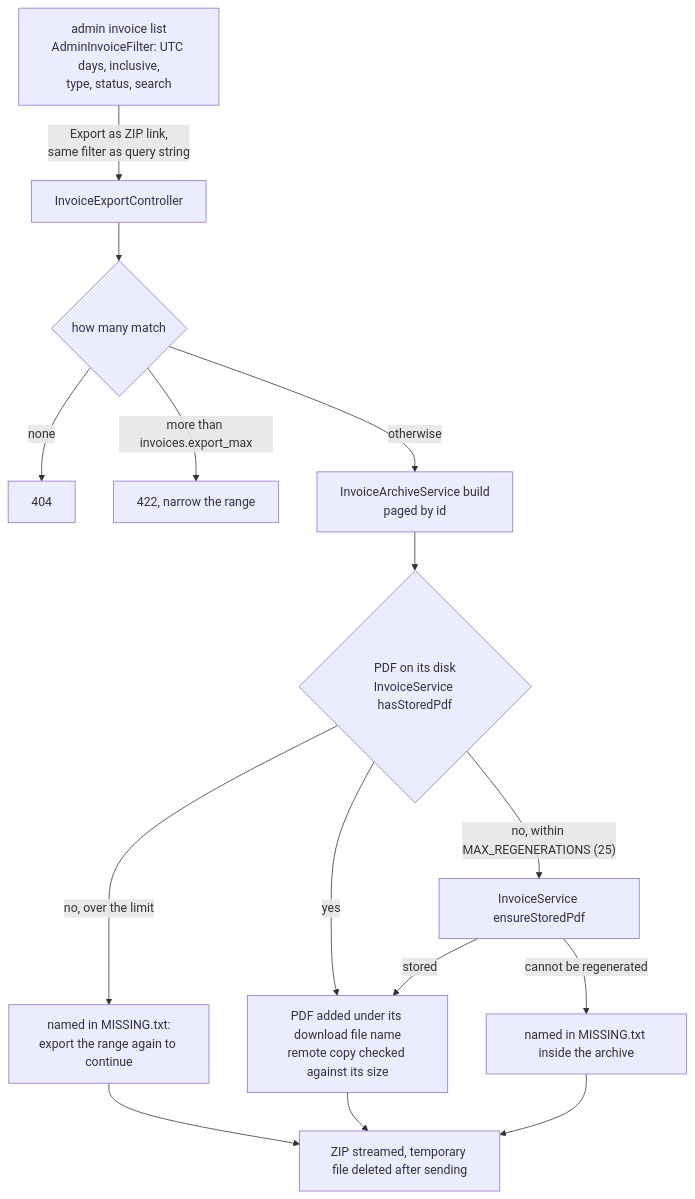
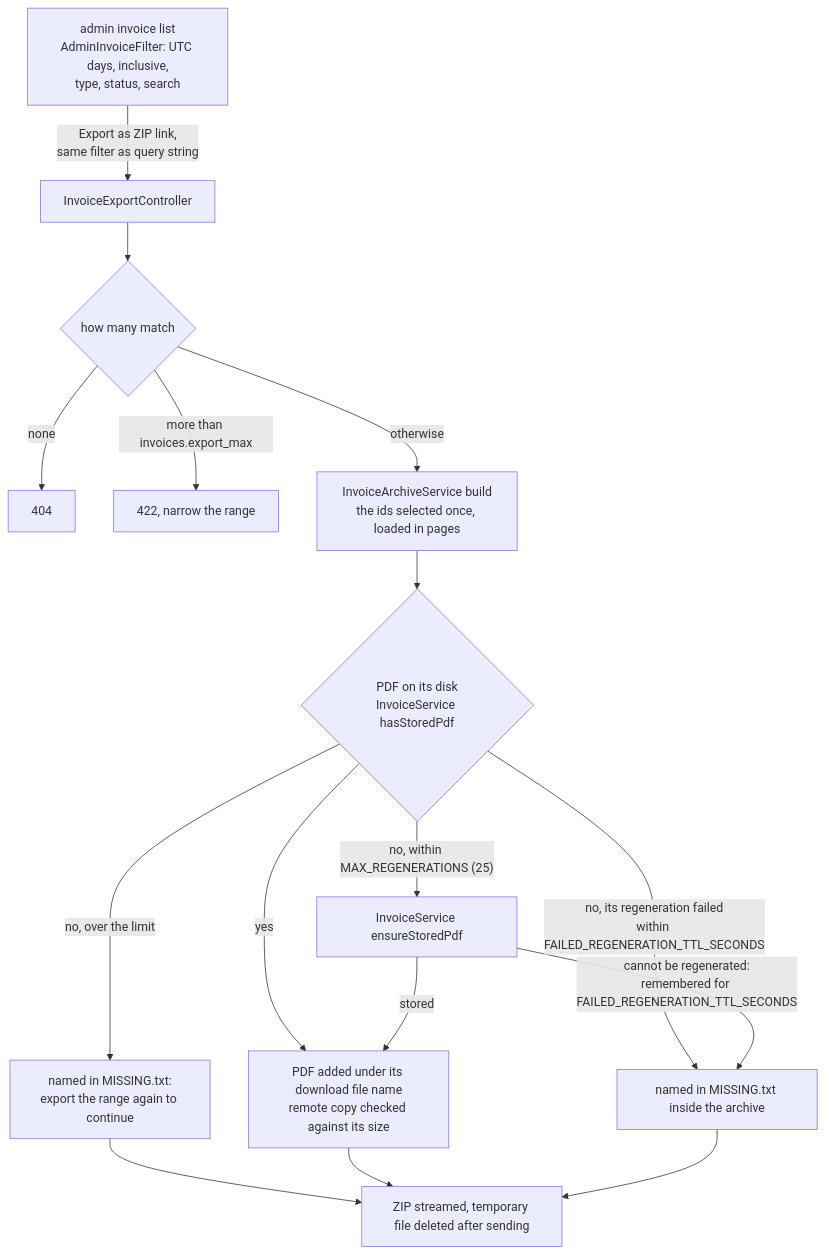
Before and after one commit to GraystackIT/laravel-mollie-billing: diagram 29 of 29 in docs/flows.md, drawn with Mermaid. The commit also changed other lines of this file and 11 other files, not shown here.

````diff
--- a/docs/flows.md
+++ b/docs/flows.md
@@ -1399,17 +1399,18 @@
 ```mermaid
 flowchart TD
     A["admin invoice list<br/>AdminInvoiceFilter: UTC days, inclusive,<br/>type, status, search"] -->|"Export as ZIP link,<br/>same filter as query string"| B["InvoiceExportController"]
     B --> C{"how many match"}
     C -->|"none"| D["404"]
     C -->|"more than invoices.export_max"| E["422, narrow the range"]
-    C -->|"otherwise"| F["InvoiceArchiveService build<br/>paged by id"]
+    C -->|"otherwise"| F["InvoiceArchiveService build<br/>the ids selected once, loaded in pages"]
     F --> K{"PDF on its disk<br/>InvoiceService hasStoredPdf"}
     K -->|"yes"| H
+    K -->|"no, its regeneration failed<br/>within FAILED_REGENERATION_TTL_SECONDS"| I
     K -->|"no, within MAX_REGENERATIONS (25)"| G["InvoiceService ensureStoredPdf"]
     K -->|"no, over the limit"| L["named in MISSING.txt:<br/>export the range again to continue"]
     G -->|"stored"| H["PDF added under its download file name<br/>remote copy checked against its size"]
-    G -->|"cannot be regenerated"| I["named in MISSING.txt inside the archive"]
+    G -->|"cannot be regenerated:<br/>remembered for FAILED_REGENERATION_TTL_SECONDS"| I["named in MISSING.txt inside the archive"]
     L --> J
     H --> J["ZIP streamed, temporary file deleted after sending"]
     I --> J
 ```
````
